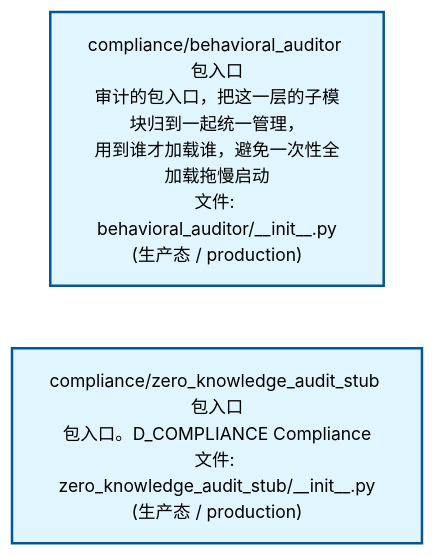
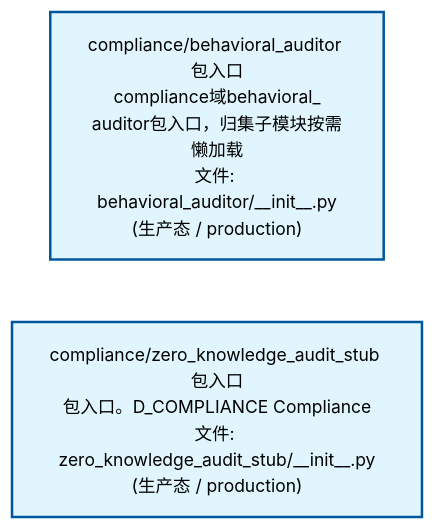
Before and after one commit to xuanFelixVan/ZephyrAlpha: the second of 4 diagrams in docs/02_enterprise_architecture/02_domain_architecture_docs/38_d_compliance.md, drawn with Mermaid. The commit also changed other lines of this file and 60 other files, not shown here.

````diff
--- a/docs/02_enterprise_architecture/02_domain_architecture_docs/38_d_compliance.md
+++ b/docs/02_enterprise_architecture/02_domain_architecture_docs/38_d_compliance.md
@@ -91,12 +91,12 @@
 ```mermaid
 %%{init: {'theme': 'base', 'themeVariables': {'primaryColor': '#eaeaea', 'primaryTextColor': '#333333', 'primaryBorderColor': '#666666', 'lineColor': '#666666', 'secondaryColor': '#eaeaea', 'tertiaryColor': '#eaeaea', 'fontSize': '14px'}}}%%
 flowchart TD
-    src_zephyr_compliance_behavioral_auditor_init_py["compliance/behavioral_auditor 包入口<br/>审计的包入口，把这一层的子模块归到一起统一管理，<br/>用到谁才加载谁，避免一次性全加载拖慢启动<br/>文件: behavioral_auditor/__init__.py<br/>(生产态 / production)"]
+    src_zephyr_compliance_behavioral_auditor_init_py["compliance/behavioral_auditor 包入口<br/>compliance域behavioral_<br/>auditor包入口，归集子模块按需懒加载<br/>文件: behavioral_auditor/__init__.py<br/>(生产态 / production)"]
     src_zephyr_compliance_zero_knowledge_audit_stub_init_py["compliance/zero_knowledge_audit_stub 包入口<br/>包入口。D_COMPLIANCE Compliance<br/>文件: zero_knowledge_audit_stub/__init__.py<br/>(生产态 / production)"]
     src_zephyr_compliance_behavioral_auditor_init_py ~~~ src_zephyr_compliance_zero_knowledge_audit_stub_init_py
     classDef production fill:#e1f5fe,stroke:#01579b,stroke-width:2px,color:#000
     classDef design fill:#fff3e0,stroke:#e65100,stroke-width:2px,color:#000,stroke-dasharray: 5 5
     classDef external_prod fill:#e8f4fd,stroke:#0277bd,stroke-width:1px,color:#000
     classDef external_design fill:#fff8e7,stroke:#ef6c00,stroke-width:1px,color:#000,stroke-dasharray: 5 5
     class src_zephyr_compliance_behavioral_auditor_init_py,src_zephyr_compliance_zero_knowledge_audit_stub_init_py production
 ```
````
